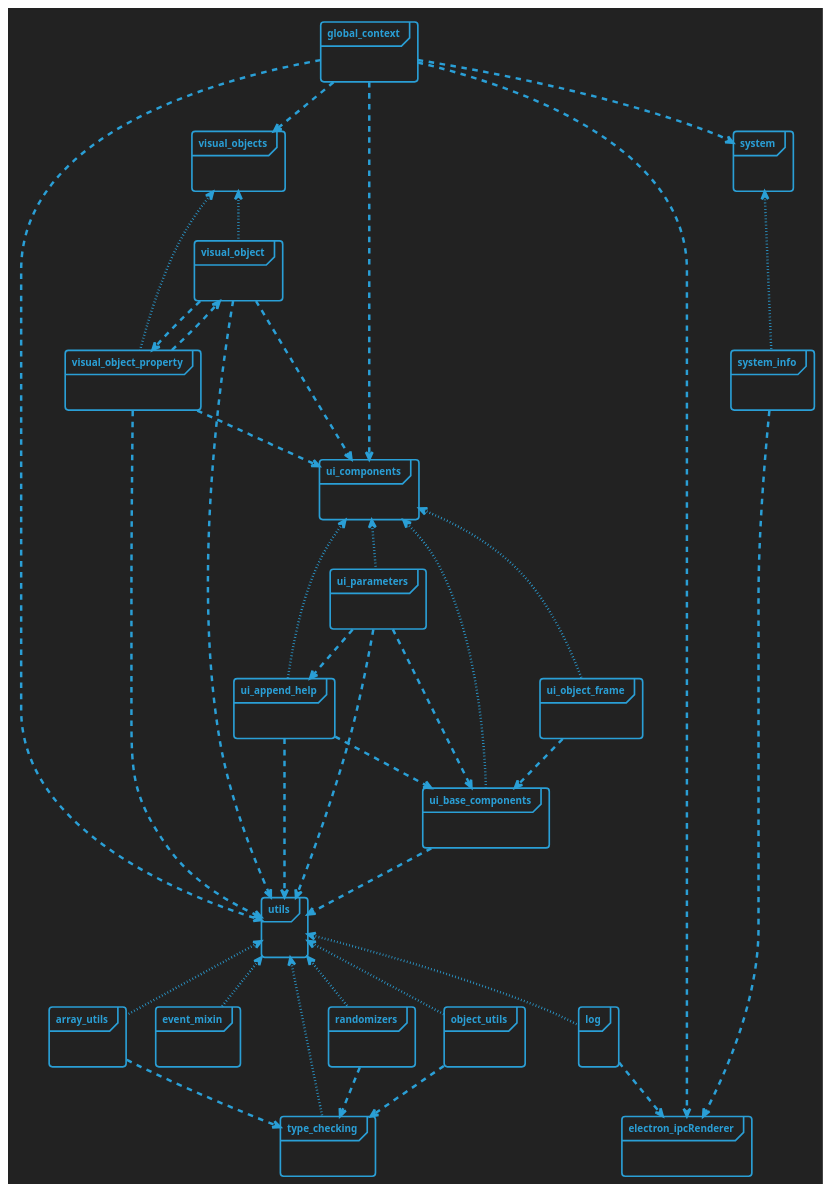
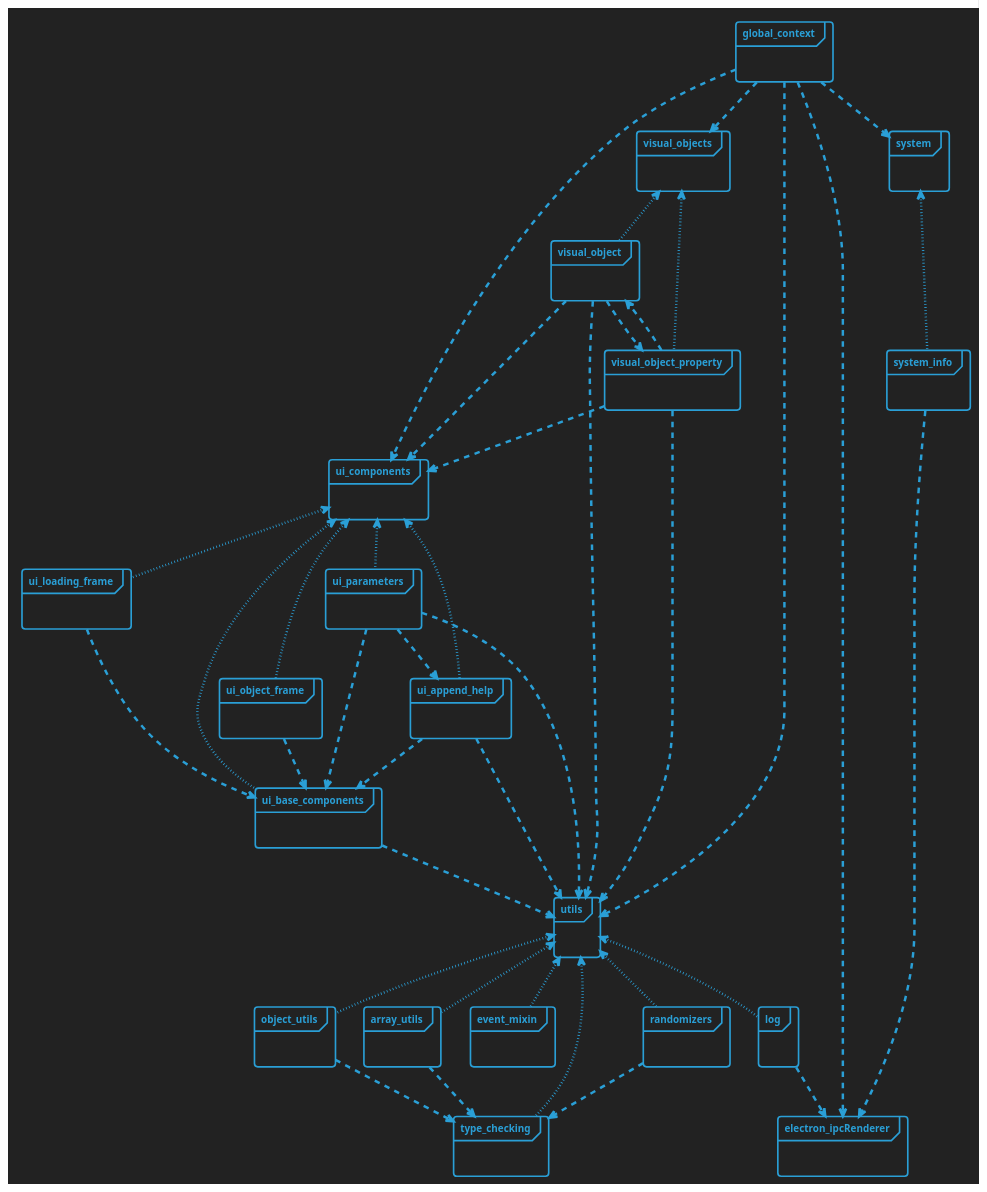
The diagram in docs/modules.plantuml (Picorims/wav2bar), drawn with PlantUML before and after one commit. The commit also changed 9 other files, not shown here.

```diff
--- a/docs/modules.plantuml
+++ b/docs/modules.plantuml
@@ -3,92 +3,96 @@
 @startuml modules
 !theme cyborg-outline
 skinparam BackgroundColor #222222
 skinparam PackageStyle frame
 
 'package: dotted = export, otherwise = import
 
 package "global_context" {}
 global_context ..> utils
 global_context ..> ui_components
 global_context ..> system
 global_context ..> electron_ipcRenderer
 global_context ..> visual_objects
 
 
 
 package "electron_ipcRenderer" {}
 
 
 
 package "system" {}
 system <.[dotted]. system_info
 
 package "system_info" {}
 system_info ..> electron_ipcRenderer
 
 
 
 package "ui_components" {}
 ui_components <.[dotted]. ui_base_components
 ui_components <.[dotted]. ui_parameters
 ui_components <.[dotted]. ui_append_help
 ui_components <.[dotted]. ui_object_frame
+ui_components <.[dotted]. ui_loading_frame
 
 package "ui_base_components" {}
 ui_base_components ..> utils
 
 package "ui_parameters" {}
 ui_parameters ..> utils
 ui_parameters ..> ui_base_components
 ui_parameters ..> ui_append_help
 
 package "ui_append_help" {}
 ui_append_help ..> utils
 ui_append_help ..> ui_base_components
 
 package "ui_object_frame" {}
 ui_object_frame ..> ui_base_components
+
+package "ui_loading_frame" {}
+ui_loading_frame ..> ui_base_components
 
 
 
 package "utils" {}
 utils <.[dotted]. type_checking
 utils <.[dotted]. randomizers
 utils <.[dotted]. array_utils
 utils <.[dotted]. log
 utils <.[dotted]. event_mixin
 utils <.[dotted]. object_utils
 
 package "array_utils" {}
 array_utils ..> type_checking
 
 package "randomizers" {}
 randomizers ..> type_checking
 
 package "type_checking" {}
 
 package "log" {}
 log ..> electron_ipcRenderer
 
 package "event_mixin" {}
 
 package "object_utils" {}
 object_utils ..> type_checking
 
 
 
 package "visual_objects" {}
 visual_objects <.[dotted]. visual_object
 visual_objects <.[dotted]. visual_object_property
 
 package "visual_object" {}
 visual_object ..> ui_components
 visual_object ..> utils
 visual_object ..> visual_object_property
 
 package "visual_object_property" {}
 visual_object_property ..> visual_object
 visual_object_property ..> utils
 visual_object_property ..> ui_components
 
 @enduml
```
